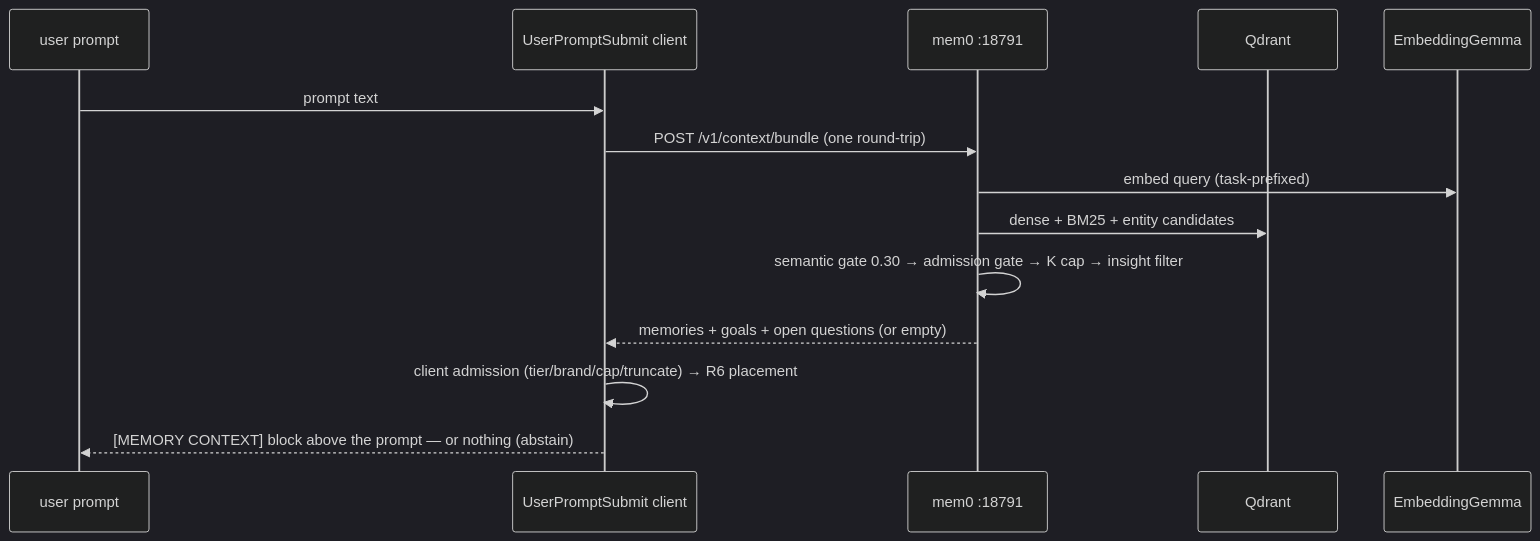
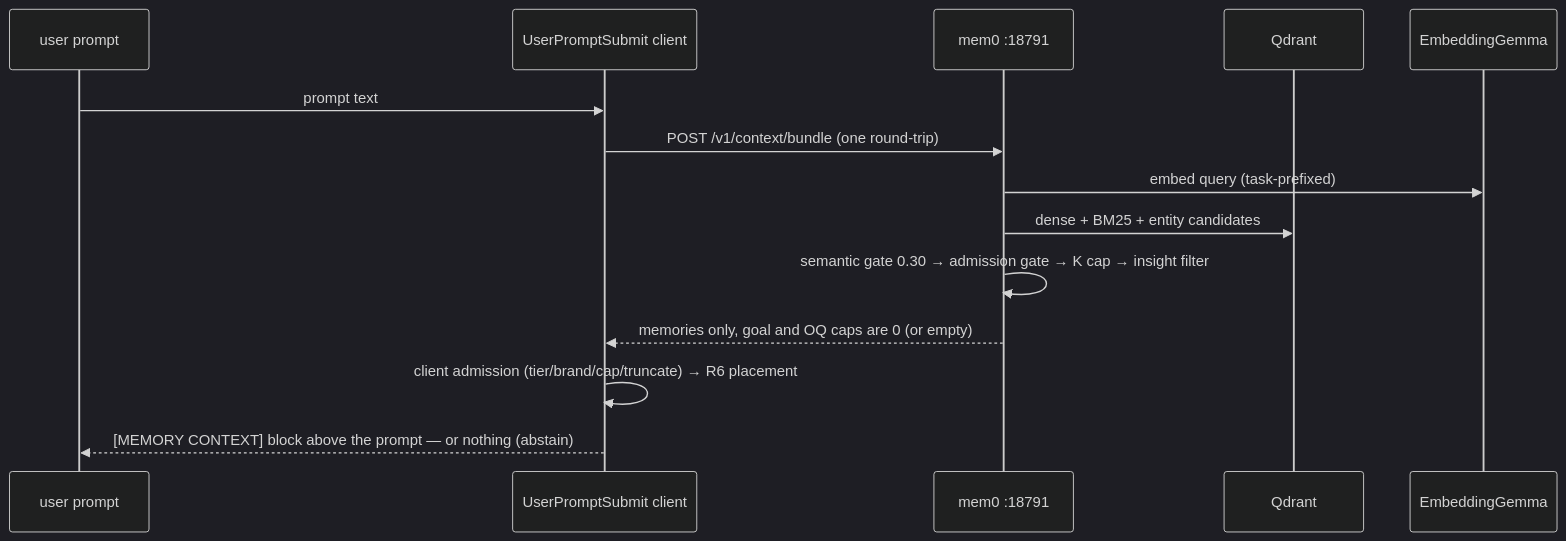
One commit to dmmdea/agentic-memory-stack-for-claude-code changed the diagram in docs/flows/memory-retrieval.md. Above: the diagram before and after it, drawn with Mermaid (dark theme). The commit also changed other lines of this file and 33 other files, not shown here.

````diff
--- a/docs/flows/memory-retrieval.md
+++ b/docs/flows/memory-retrieval.md
@@ -83,16 +83,16 @@
 ```mermaid
 sequenceDiagram
     participant U as user prompt
     participant H as UserPromptSubmit client
     participant M as mem0 :18791
     participant Q as Qdrant
     participant E as EmbeddingGemma
     U->>H: prompt text
     H->>M: POST /v1/context/bundle (one round-trip)
     M->>E: embed query (task-prefixed)
     M->>Q: dense + BM25 + entity candidates
     M->>M: semantic gate 0.30 → admission gate → K cap → insight filter
-    M-->>H: memories + goals + open questions (or empty)
+    M-->>H: memories only, goal and OQ caps are 0 (or empty)
     H->>H: client admission (tier/brand/cap/truncate) → R6 placement
     H-->>U: [MEMORY CONTEXT] block above the prompt — or nothing (abstain)
 ```
````
